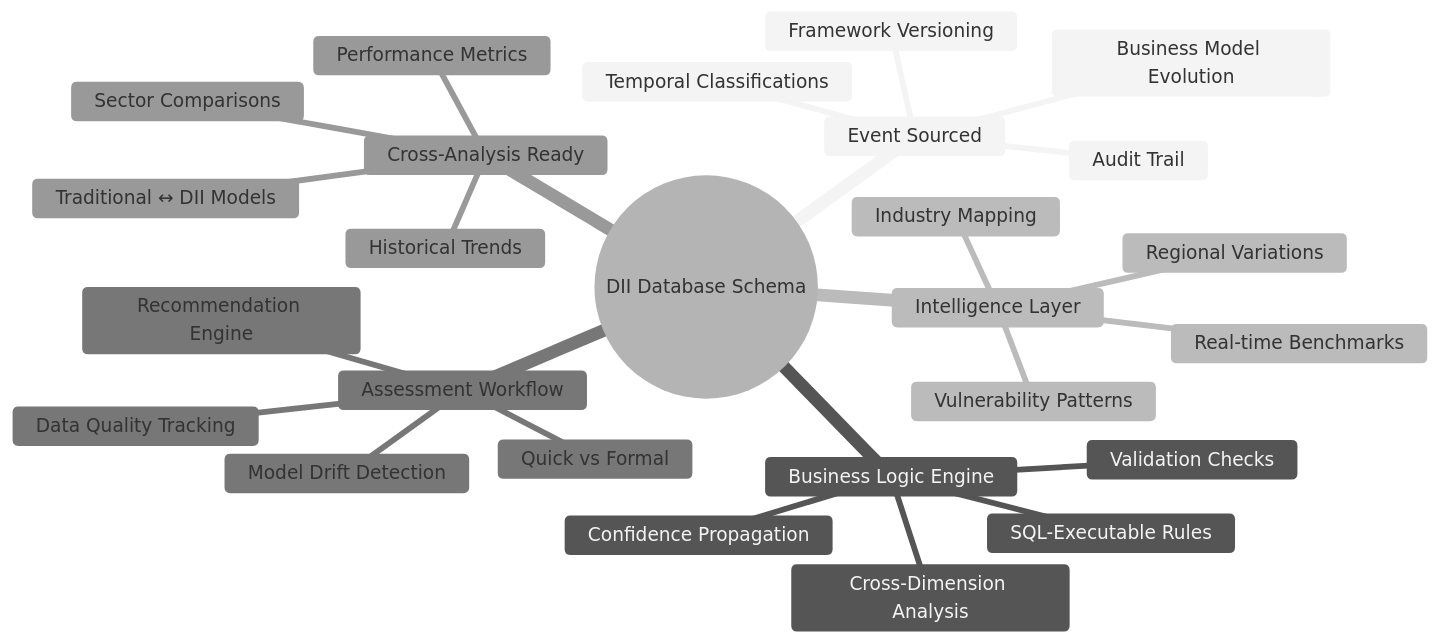
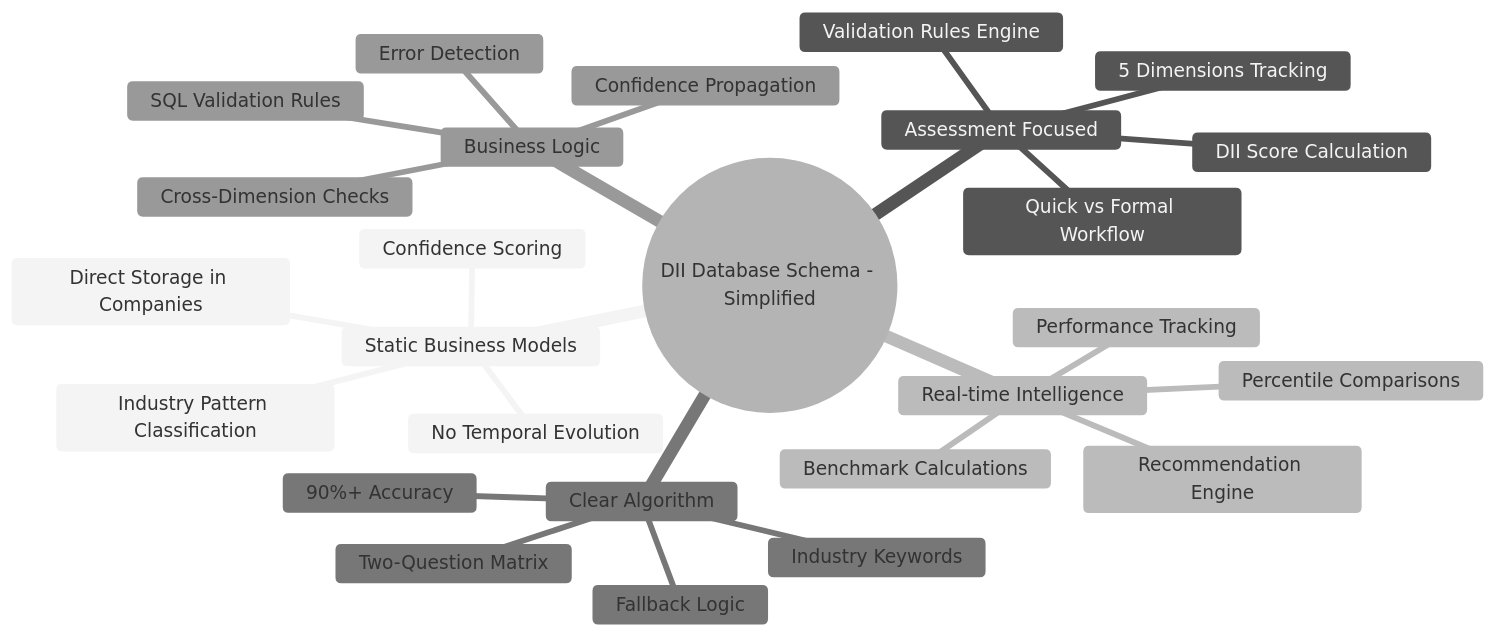
The fourth of 4 diagrams in apps/assessment-v2/database-schema-diagram.md (Percevals/Laberit-intelligence), drawn with Mermaid (neutral theme) before and after one commit. The commit also changed other lines of this file and 4 other files, not shown here.

First line of the commit message:
Add DII business model database and service

````diff
--- a/apps/assessment-v2/database-schema-diagram.md
+++ b/apps/assessment-v2/database-schema-diagram.md
@@ -280,33 +252,33 @@
 ```mermaid
 mindmap
-  root((DII Database Schema))
-    Event Sourced
-      Business Model Evolution
-      Temporal Classifications
-      Audit Trail
-      Framework Versioning
+  root((DII Database Schema - Simplified))
+    Static Business Models
+      No Temporal Evolution
+      Direct Storage in Companies
+      Industry Pattern Classification
+      Confidence Scoring
     
-    Business Logic Engine
-      SQL-Executable Rules
-      Validation Checks
-      Cross-Dimension Analysis
+    Assessment Focused
+      Quick vs Formal Workflow
+      5 Dimensions Tracking
+      DII Score Calculation
+      Validation Rules Engine
+    
+    Real-time Intelligence
+      Benchmark Calculations
+      Percentile Comparisons
+      Recommendation Engine
+      Performance Tracking
+    
+    Clear Algorithm
+      Industry Keywords
+      Two-Question Matrix
+      Fallback Logic
+      90%+ Accuracy
+    
+    Business Logic
+      SQL Validation Rules
+      Cross-Dimension Checks
       Confidence Propagation
-    
-    Intelligence Layer
-      Industry Mapping
-      Real-time Benchmarks
-      Vulnerability Patterns
-      Regional Variations
-    
-    Assessment Workflow
-      Quick vs Formal
-      Data Quality Tracking
-      Recommendation Engine
-      Model Drift Detection
-    
-    Cross-Analysis Ready
-      Traditional ↔ DII Models
-      Historical Trends
-      Sector Comparisons
-      Performance Metrics
+      Error Detection
 ```
````
